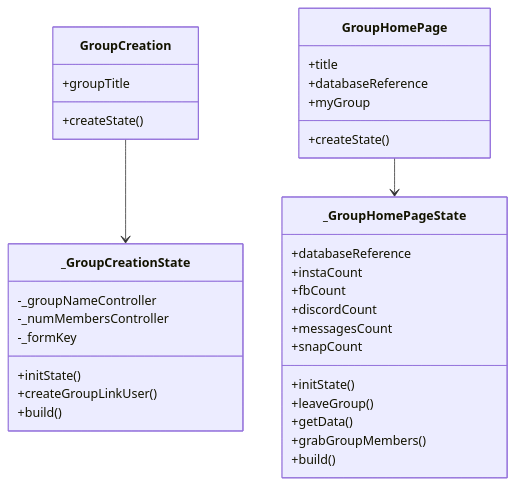
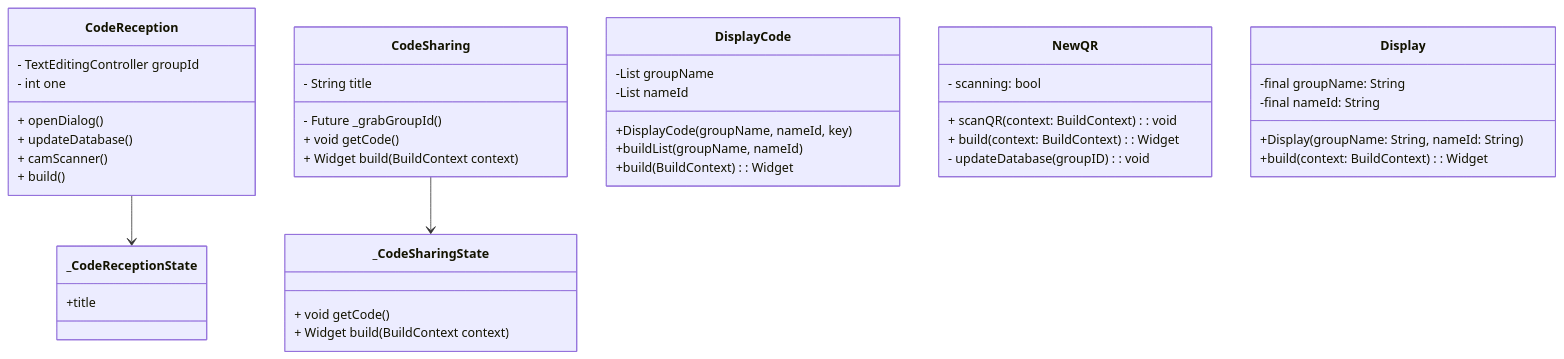
Before and after one commit to Capstone-Projects-2023-Spring/project-groupmeet: the second of 12 diagrams in documentation/docs/system-architecture/design.md, drawn with Mermaid. The commit also changed other lines of this file, not shown here.

````diff
--- a/documentation/docs/system-architecture/design.md
+++ b/documentation/docs/system-architecture/design.md
@@ -76,41 +76,49 @@
 ```mermaid
-classDiagram    
-    class GroupCreation{
-        +groupTitle
-        +createState()
+classDiagram
+    class CodeReception {
+        - TextEditingController groupId
+        - int one
+        + openDialog()
+        + updateDatabase()
+        + camScanner()
+        + build()
+    }
+    class _CodeReceptionState{
+        +title
+    }
+    CodeReception --> _CodeReceptionState
+
+    class CodeSharing {
+        - String title
+        - Future<DataSnapshot> _grabGroupId()
+        + void getCode()
+        + Widget build(BuildContext context)
+        }
+    class _CodeSharingState{
+        + void getCode()
+        + Widget build(BuildContext context)
+    }
+    CodeSharing --> _CodeSharingState
+
+    class DisplayCode {
+        -List<dynamic> groupName
+        -List<dynamic> nameId
+        +DisplayCode(groupName, nameId, key)
+        +buildList(groupName, nameId)
+        +build(BuildContext): Widget
     }
 
-    class _GroupCreationState{
-        -_groupNameController
-        -_numMembersController
-        -_formKey
-        +initState()
-        +createGroupLinkUser()
-        +build()
+    class NewQR {
+        - scanning: bool
+        + scanQR(context: BuildContext): void
+        + build(context: BuildContext): Widget
+        - updateDatabase(groupID): void
     }
 
-    GroupCreation-->_GroupCreationState
-
-    class GroupHomePage{
-        +title
-        +databaseReference
-        +myGroup
-        +createState()
+    class Display{
+        -final groupName: String
+        -final nameId: String
+        +Display(groupName: String, nameId: String)
+        +build(context: BuildContext): Widget
     }
-
-    class _GroupHomePageState{
-        +databaseReference
-        +instaCount
-        +fbCount
-        +discordCount
-        +messagesCount
-        +snapCount
-        +initState()
-        +leaveGroup()
-        +getData()
-        +grabGroupMembers()
-        +build()
-    }
-
-    GroupHomePage-->_GroupHomePageState
 ```
````
